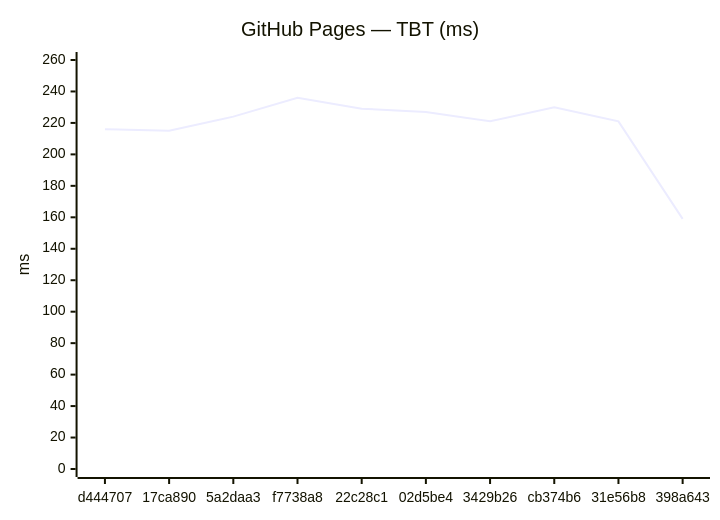
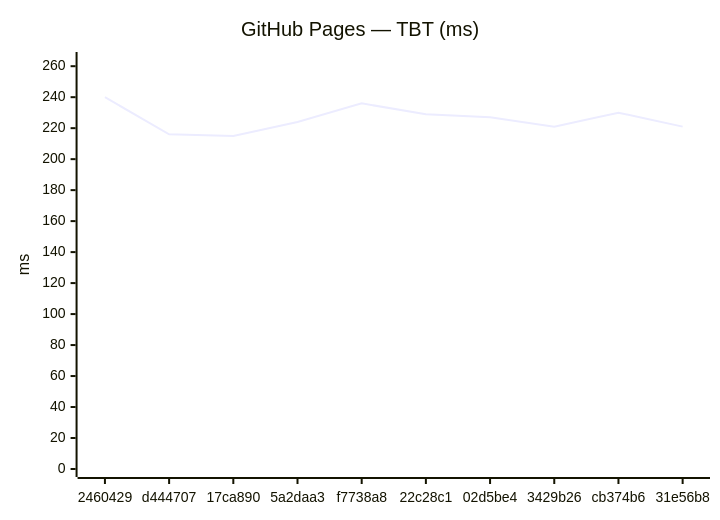
Before and after one commit to Metaheurist/Rianell: the fourth of 18 diagrams in benchmarks/compare.md, drawn with Mermaid. The commit also changed other lines of this file and 11 other files, not shown here.

````diff
--- a/benchmarks/compare.md
+++ b/benchmarks/compare.md
@@ -61,7 +61,7 @@
 ```mermaid
 xychart-beta
     title "GitHub Pages — TBT (ms)"
-    x-axis ["d444707", "17ca890", "5a2daa3", "f7738a8", "22c28c1", "02d5be4", "3429b26", "cb374b6", "31e56b8", "398a643"]
-    y-axis "ms" 0 --> 260
-    line [216, 215, 224, 236, 229, 227, 221, 230, 221, 159]
+    x-axis ["2460429", "d444707", "17ca890", "5a2daa3", "f7738a8", "22c28c1", "02d5be4", "3429b26", "cb374b6", "31e56b8"]
+    y-axis "ms" 0 --> 264
+    line [240, 216, 215, 224, 236, 229, 227, 221, 230, 221]
 ```
````
